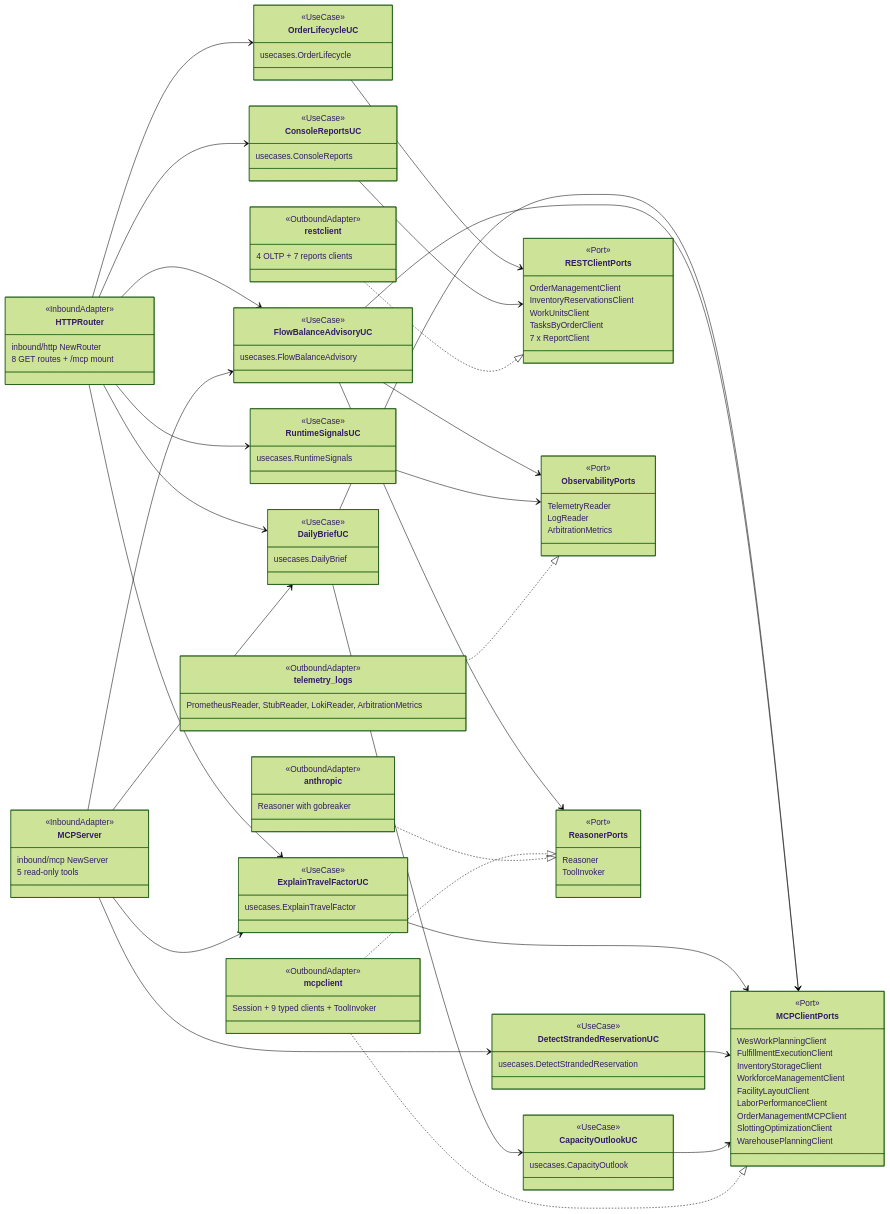
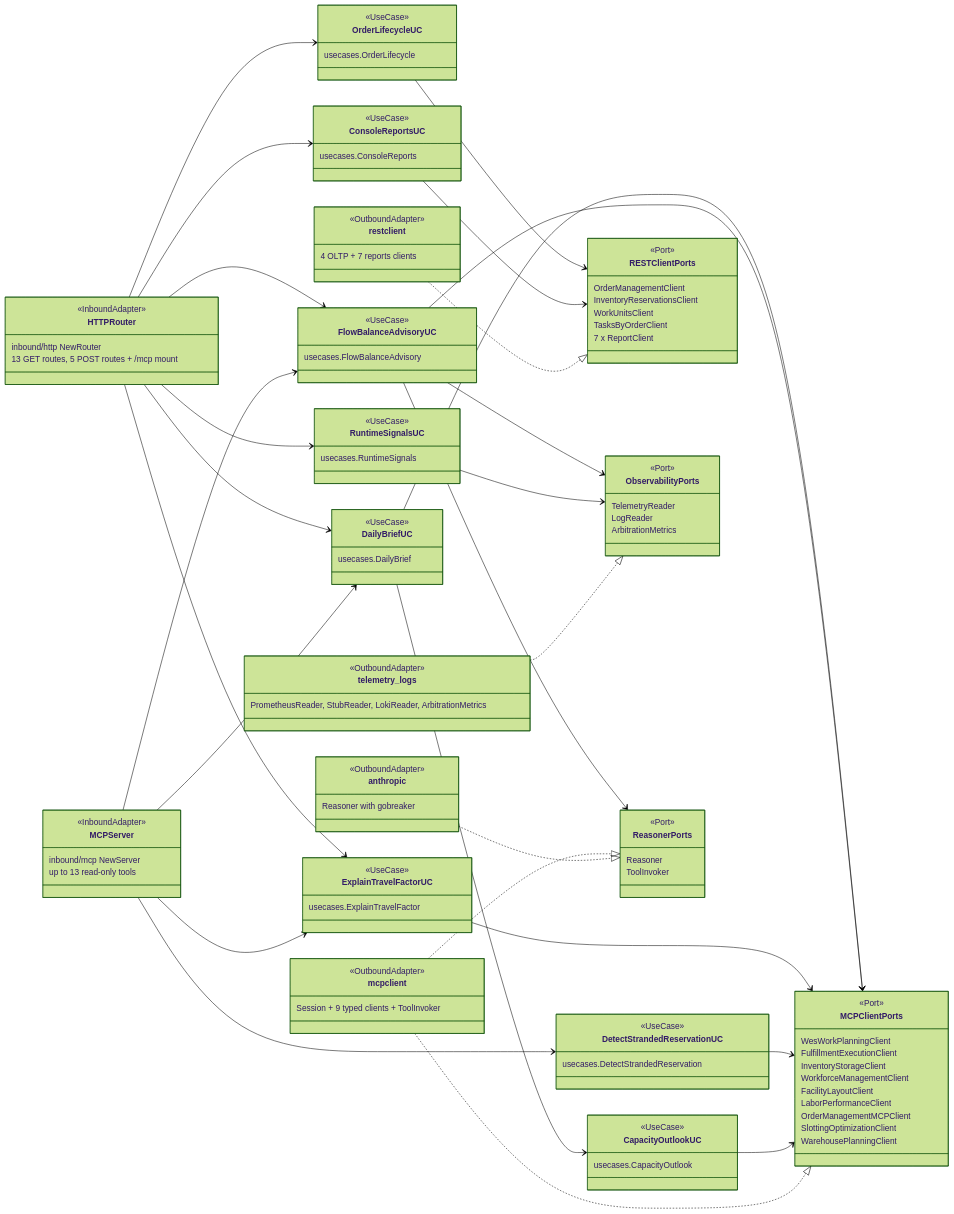
The fourth of 4 diagrams in docs/docs/ddd/class-diagram.md (IQVO/warehouse-ops-agent), drawn with Mermaid (forest theme) before and after one commit. The commit also changed 10 other files, not shown here.

First line of the commit message:
docs: verified 404 on release approvals, 13 MCP tools, k3s deployment facts

```diff
--- a/docs/docs/ddd/class-diagram.md
+++ b/docs/docs/ddd/class-diagram.md
@@ -444,12 +444,12 @@
     class HTTPRouter {
         <<InboundAdapter>>
         inbound/http NewRouter
-        8 GET routes + /mcp mount
+        13 GET routes, 5 POST routes + /mcp mount
     }
     class MCPServer {
         <<InboundAdapter>>
         inbound/mcp NewServer
-        5 read-only tools
+        up to 13 read-only tools
     }
     class DailyBriefUC {
         <<UseCase>>
```
